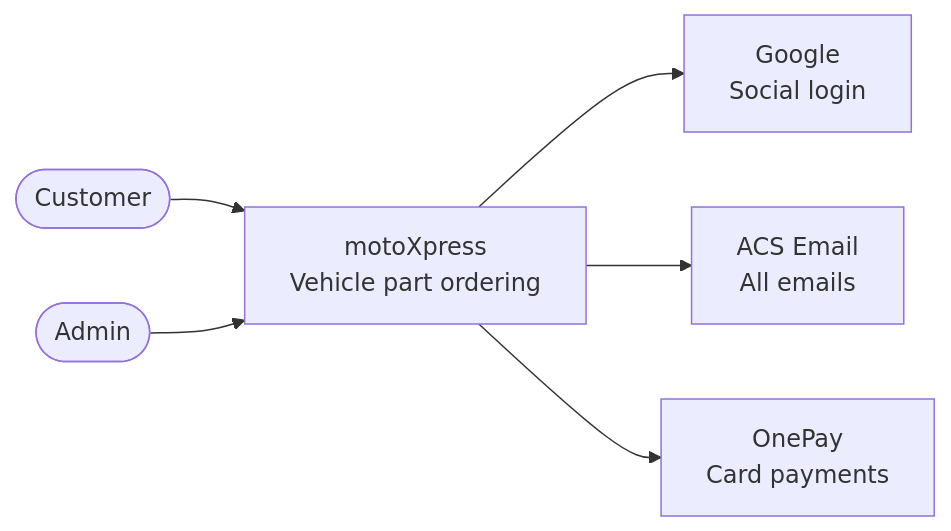
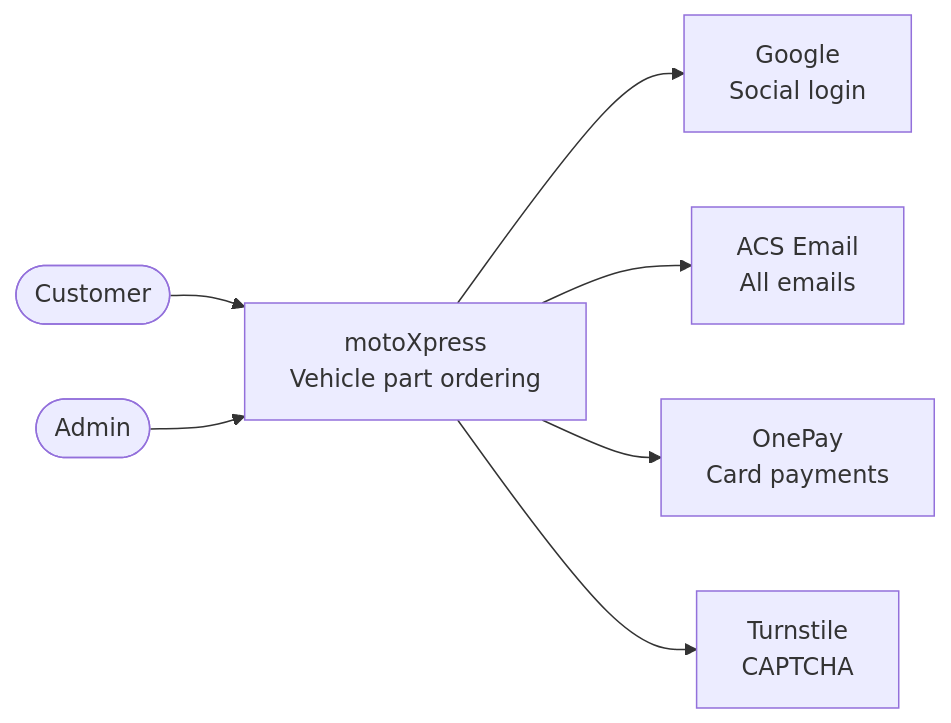
One commit to MotoXpress-wicky/infrastructure changed the diagram in docs/architecture/01-context-diagram.md. Above: the diagram before and after it, drawn with Mermaid. The commit also changed 3 other files, not shown here.

Commit message:
added order cancelled and payment refund events to the diagrams

````diff
--- a/docs/architecture/01-context-diagram.md
+++ b/docs/architecture/01-context-diagram.md
@@ -7,17 +7,19 @@
 ```mermaid
 flowchart LR
     customer([Customer])
     admin([Admin])
 
     system[motoXpress<br/>Vehicle part ordering]
 
     google[Google<br/>Social login]
     email[ACS Email<br/>All emails]
     onepay[OnePay<br/>Card payments]
+    captcha[Turnstile<br/>CAPTCHA]
 
     customer --> system
     admin --> system
     system --> google
     system --> email
     system --> onepay
+    system --> captcha
 ```
````
